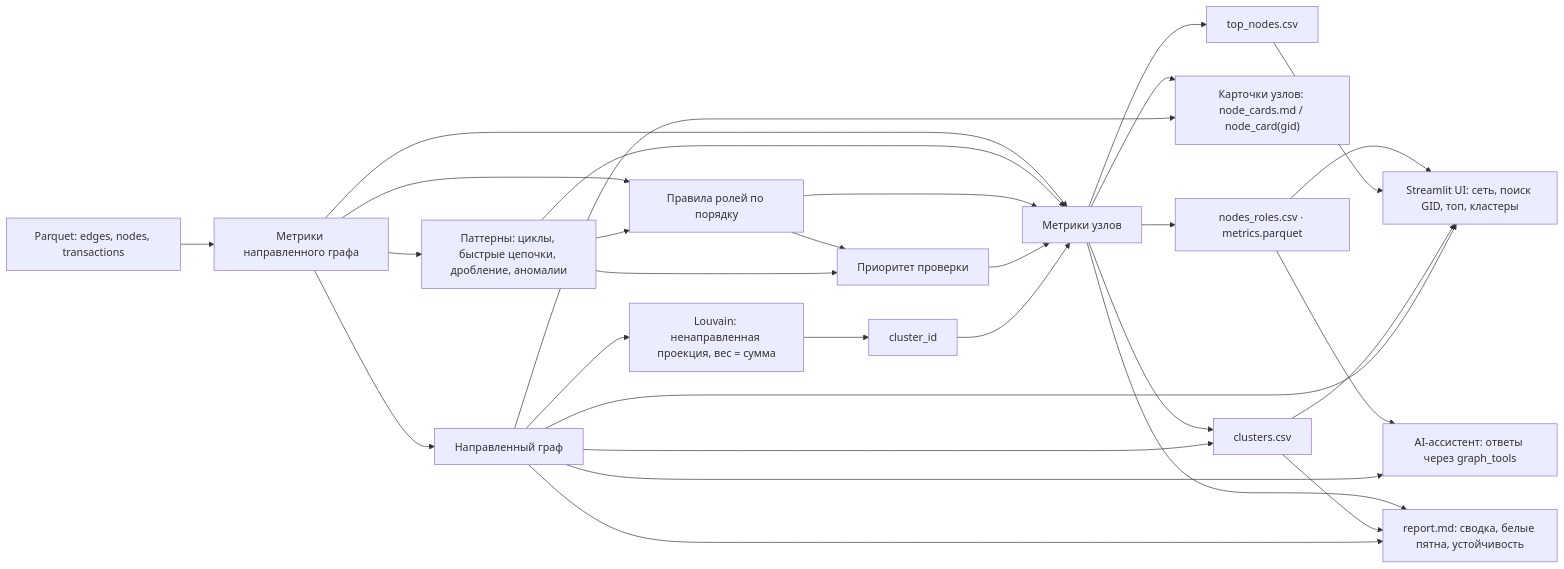
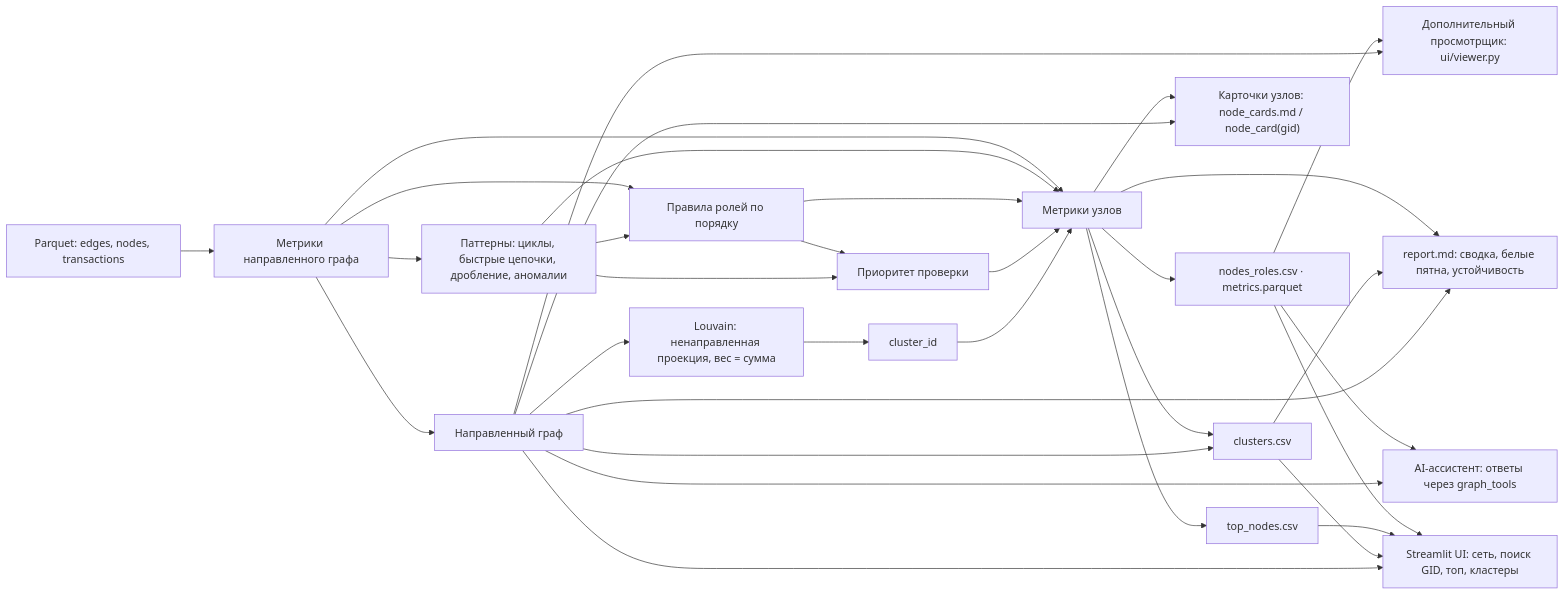
One commit to BAITC-Hacks/hack-15548459-hackathon-barni changed the diagram in docs/architecture.md. Above: the diagram before and after it, drawn with Mermaid. The commit also changed other lines of this file and 3 other files, not shown here.

````diff
--- a/docs/architecture.md
+++ b/docs/architecture.md
@@ -3,32 +3,34 @@
 ```mermaid
 flowchart LR
     I["Parquet: edges, nodes, transactions"] --> M["Метрики направленного графа"]
     M --> P["Паттерны: циклы, быстрые цепочки, дробление, аномалии"]
     M --> R["Правила ролей по порядку"]
     P --> R
     R --> Q["Приоритет проверки"]
     P --> Q
     M --> G["Направленный граф"]
     G --> L["Louvain: ненаправленная проекция, вес = сумма"]
     L --> J["cluster_id"]
     M --> N["Метрики узлов"]
     P --> N
     R --> N
     Q --> N
     J --> N
     N --> O["nodes_roles.csv · metrics.parquet"]
     N --> C["Карточки узлов: node_cards.md / node_card(gid)"]
     G --> C
     N --> T["top_nodes.csv"]
     N --> S["clusters.csv"]
     N --> W["report.md: сводка, белые пятна, устойчивость"]
     S --> W
     G --> S
     G --> W
     O --> U["Streamlit UI: сеть, поиск GID, топ, кластеры"]
     T --> U
     S --> U
     G --> U
     O --> A["AI-ассистент: ответы через graph_tools"]
     G --> A
+    O --> V["Дополнительный просмотрщик: ui/viewer.py"]
+    G --> V
 ```
````
